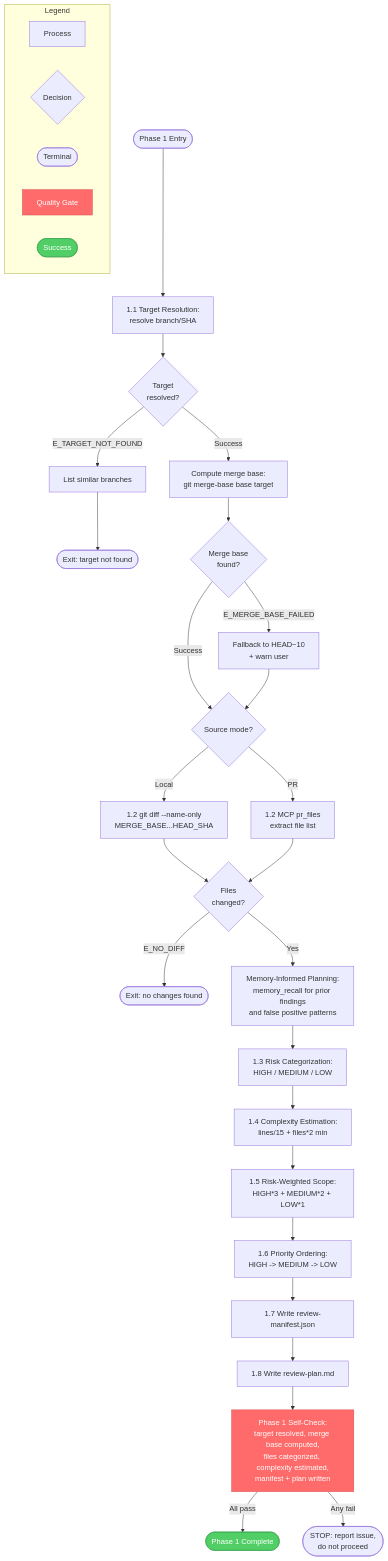
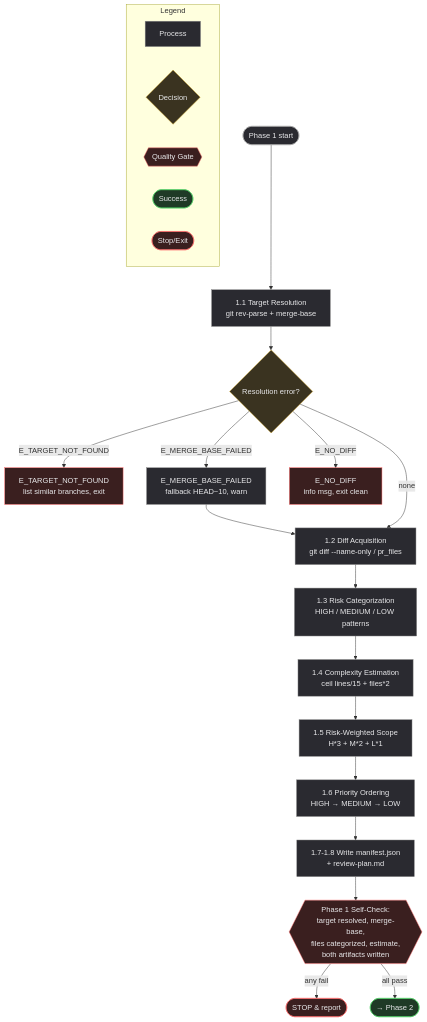
The third of 7 diagrams in docs/diagrams/skills/advanced-code-review.md (axiomantic/spellbook), drawn with Mermaid before and after one commit. The commit also changed other lines of this file and 336 other files, not shown here.

````diff
--- a/docs/diagrams/skills/advanced-code-review.md
+++ b/docs/diagrams/skills/advanced-code-review.md
@@ -90,50 +147,45 @@
 ```mermaid
 flowchart TD
-    subgraph Legend
-        L1[Process]
-        L2{Decision}
-        L3([Terminal])
-        L4[Quality Gate]:::gate
-        L5([Success]):::success
+    start([Phase 1 start]):::terminal
+    resolve[1.1 Target Resolution<br/>git rev-parse + merge-base]:::process
+    rerr{Resolution error?}:::decision
+    e1[E_TARGET_NOT_FOUND<br/>list similar branches, exit]:::failterm
+    e2[E_MERGE_BASE_FAILED<br/>fallback HEAD~10, warn]:::process
+    e3[E_NO_DIFF<br/>info msg, exit clean]:::failterm
+
+    diff[1.2 Diff Acquisition<br/>git diff --name-only / pr_files]:::process
+    cat[1.3 Risk Categorization<br/>HIGH / MEDIUM / LOW patterns]:::process
+    complex[1.4 Complexity Estimation<br/>ceil lines/15 + files*2]:::process
+    weight[1.5 Risk-Weighted Scope<br/>H*3 + M*2 + L*1]:::process
+    order[1.6 Priority Ordering<br/>HIGH → MEDIUM → LOW]:::process
+    out[1.7-1.8 Write manifest.json<br/>+ review-plan.md]:::process
+
+    sc{{Phase 1 Self-Check:<br/>target resolved, merge-base,<br/>files categorized, estimate,<br/>both artifacts written}}:::gate
+    stop([STOP & report]):::failterm
+    next([→ Phase 2]):::success
+
+    start --> resolve --> rerr
+    rerr -->|E_TARGET_NOT_FOUND| e1
+    rerr -->|E_MERGE_BASE_FAILED| e2 --> diff
+    rerr -->|E_NO_DIFF| e3
+    rerr -->|none| diff
+    diff --> cat --> complex --> weight --> order --> out --> sc
+    sc -->|any fail| stop
+    sc -->|all pass| next
+
+    subgraph legend [Legend]
+        direction LR
+        l1[Process]:::process
+        l2{Decision}:::decision
+        l3{{Quality Gate}}:::gate
+        l4([Success]):::success
+        l5([Stop/Exit]):::failterm
     end
 
-    Start([Phase 1 Entry]) --> Resolve[1.1 Target Resolution:<br>resolve branch/SHA]
-    Resolve --> ResolveCheck{Target<br>resolved?}
-
-    ResolveCheck -->|E_TARGET_NOT_FOUND| SuggestBranches[List similar branches]
-    SuggestBranches --> Exit1([Exit: target not found])
-
-    ResolveCheck -->|Success| MergeBase[Compute merge base:<br>git merge-base base target]
-    MergeBase --> MBCheck{Merge base<br>found?}
-
-    MBCheck -->|E_MERGE_BASE_FAILED| Fallback[Fallback to HEAD~10<br>+ warn user]
-    MBCheck -->|Success| DiffAcq
-
-    Fallback --> DiffAcq
-
-    DiffAcq{Source mode?}
-    DiffAcq -->|Local| LocalDiff[1.2 git diff --name-only<br>MERGE_BASE...HEAD_SHA]
-    DiffAcq -->|PR| PRFiles[1.2 MCP pr_files<br>extract file list]
-
-    LocalDiff --> DiffCheck
-    PRFiles --> DiffCheck
-
-    DiffCheck{Files<br>changed?}
-    DiffCheck -->|E_NO_DIFF| Exit2([Exit: no changes found])
-    DiffCheck -->|Yes| MemRecall[Memory-Informed Planning:<br>memory_recall for prior findings<br>and false positive patterns]
-
-    MemRecall --> Categorize[1.3 Risk Categorization:<br>HIGH / MEDIUM / LOW]
-    Categorize --> Complexity[1.4 Complexity Estimation:<br>lines/15 + files*2 min]
-    Complexity --> ScopeWeight[1.5 Risk-Weighted Scope:<br>HIGH*3 + MEDIUM*2 + LOW*1]
-    ScopeWeight --> PriorityOrder[1.6 Priority Ordering:<br>HIGH -> MEDIUM -> LOW]
-
-    PriorityOrder --> WriteManifest[1.7 Write review-manifest.json]
-    WriteManifest --> WritePlan[1.8 Write review-plan.md]
-    WritePlan --> SelfCheck[Phase 1 Self-Check:<br>target resolved, merge base computed,<br>files categorized, complexity estimated,<br>manifest + plan written]:::gate
-
-    SelfCheck -->|All pass| Done([Phase 1 Complete]):::success
-    SelfCheck -->|Any fail| Stop([STOP: report issue,<br>do not proceed])
-
-    classDef gate fill:#ff6b6b,stroke:#d44b4b,color:#fff
-    classDef success fill:#51cf66,stroke:#37a34d,color:#fff
+    classDef process fill:#2a2a30,stroke:#888,color:#e8e8ea
+    classDef decision fill:#3a3320,stroke:#d4a72c,color:#e8e8ea
+    classDef gate fill:#3a1f1f,stroke:#ff6b6b,color:#e8e8ea
+    classDef success fill:#1f3a26,stroke:#51cf66,color:#e8e8ea
+    classDef failterm fill:#3a1f1f,stroke:#ff6b6b,color:#e8e8ea
+    classDef terminal fill:#2a2a30,stroke:#aaa,color:#e8e8ea
 ```
````
